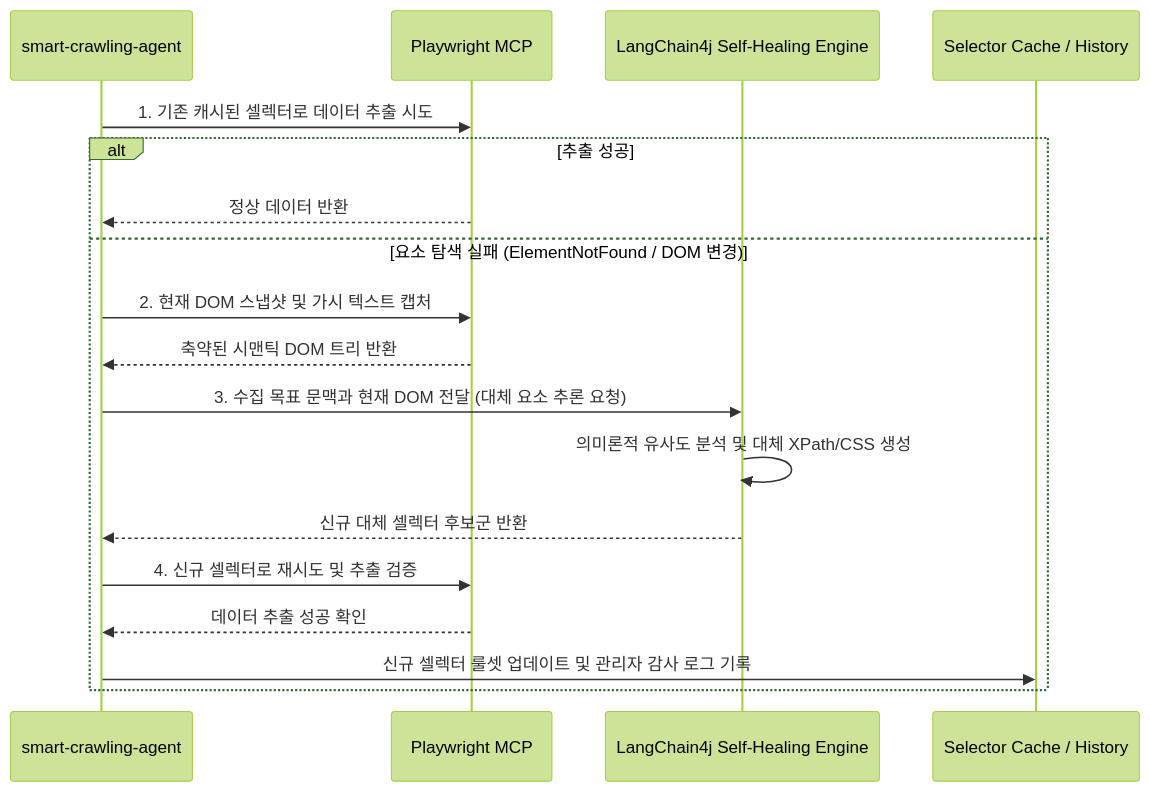
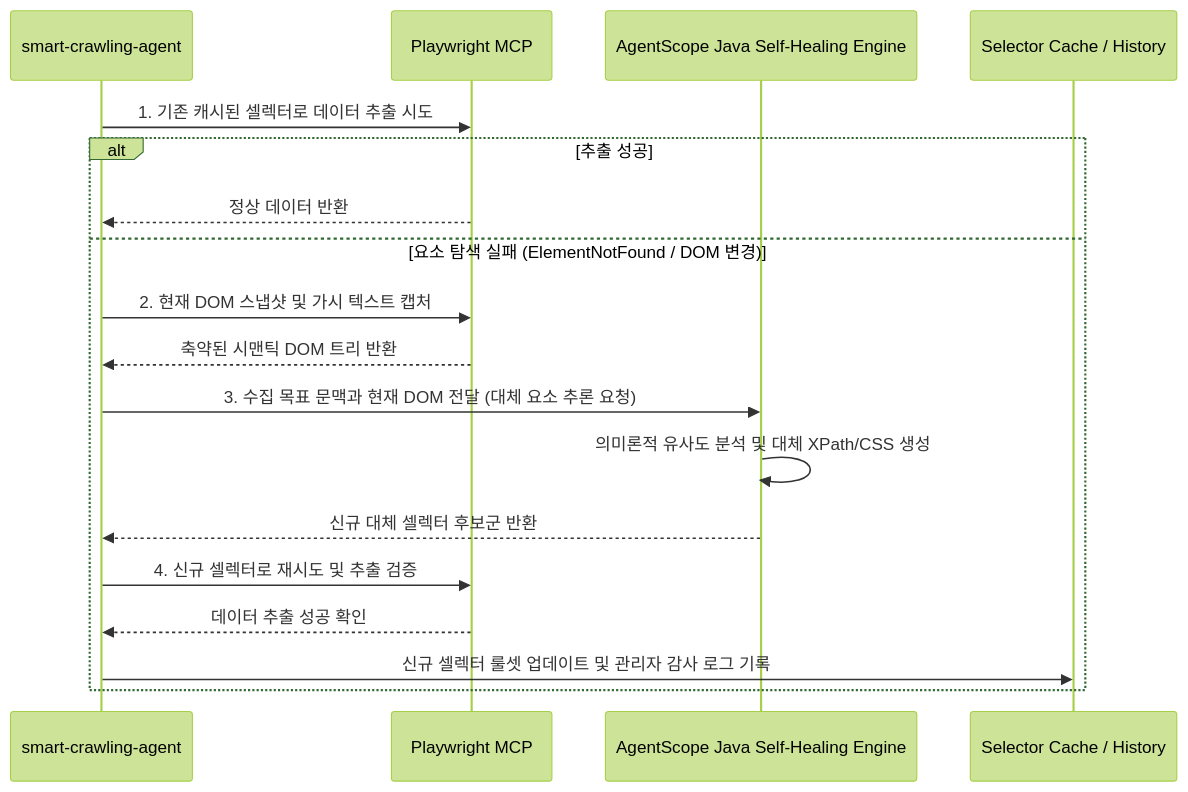
Before and after one commit to DramaticCollaboration/doc.github.io: the diagram in ko/synccrawl/adaptive-crawling-engine.md, drawn with Mermaid (forest theme). The commit also changed 21 other files, not shown here.

````diff
--- a/ko/synccrawl/adaptive-crawling-engine.md
+++ b/ko/synccrawl/adaptive-crawling-engine.md
@@ -28,21 +28,21 @@
 ```mermaid
 sequenceDiagram
     participant Worker as smart-crawling-agent
     participant Browser as Playwright MCP
-    participant AI as LangChain4j Self-Healing Engine
+    participant AI as AgentScope Java Self-Healing Engine
     participant DB as Selector Cache / History
 
     Worker->>Browser: 1. 기존 캐시된 셀렉터로 데이터 추출 시도
     alt 추출 성공
         Browser-->>Worker: 정상 데이터 반환
     else 요소 탐색 실패 (ElementNotFound / DOM 변경)
         Worker->>Browser: 2. 현재 DOM 스냅샷 및 가시 텍스트 캡처
         Browser-->>Worker: 축약된 시맨틱 DOM 트리 반환
         Worker->>AI: 3. 수집 목표 문맥과 현재 DOM 전달 (대체 요소 추론 요청)
         AI->>AI: 의미론적 유사도 분석 및 대체 XPath/CSS 생성
         AI-->>Worker: 신규 대체 셀렉터 후보군 반환
         Worker->>Browser: 4. 신규 셀렉터로 재시도 및 추출 검증
         Browser-->>Worker: 데이터 추출 성공 확인
         Worker->>DB: 신규 셀렉터 룰셋 업데이트 및 관리자 감사 로그 기록
     end
 ```
````
